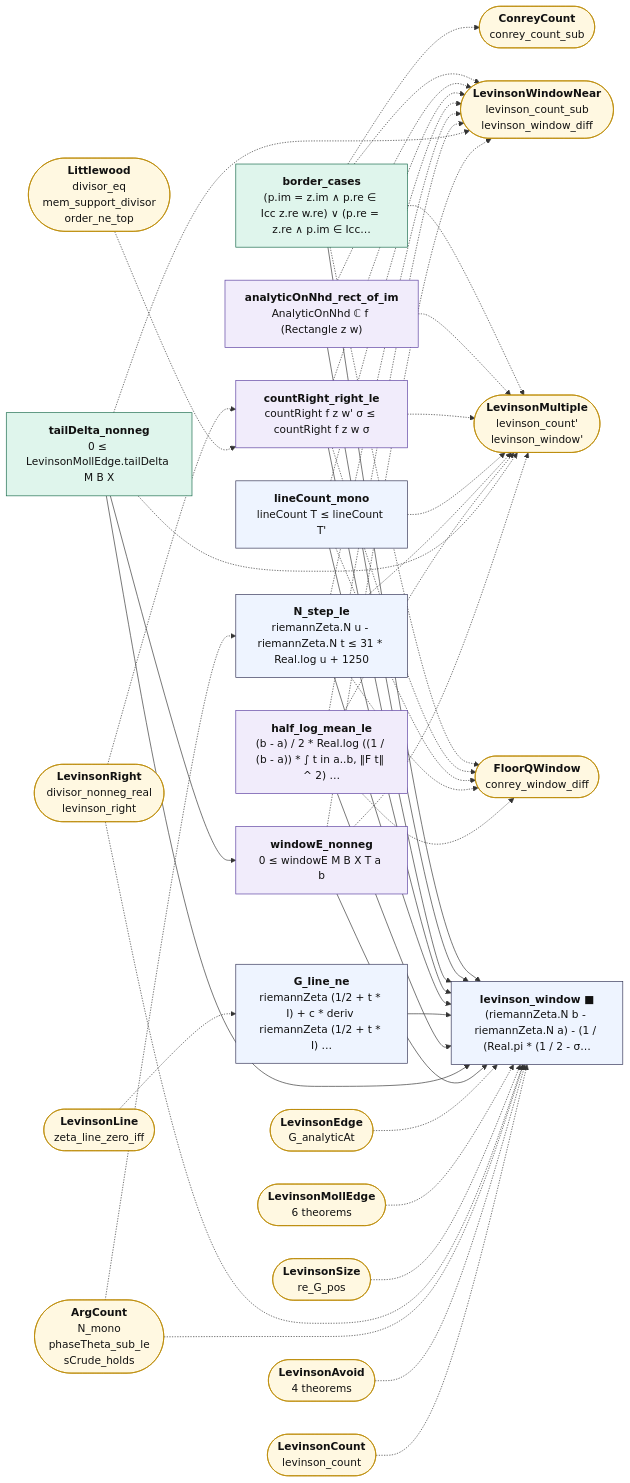
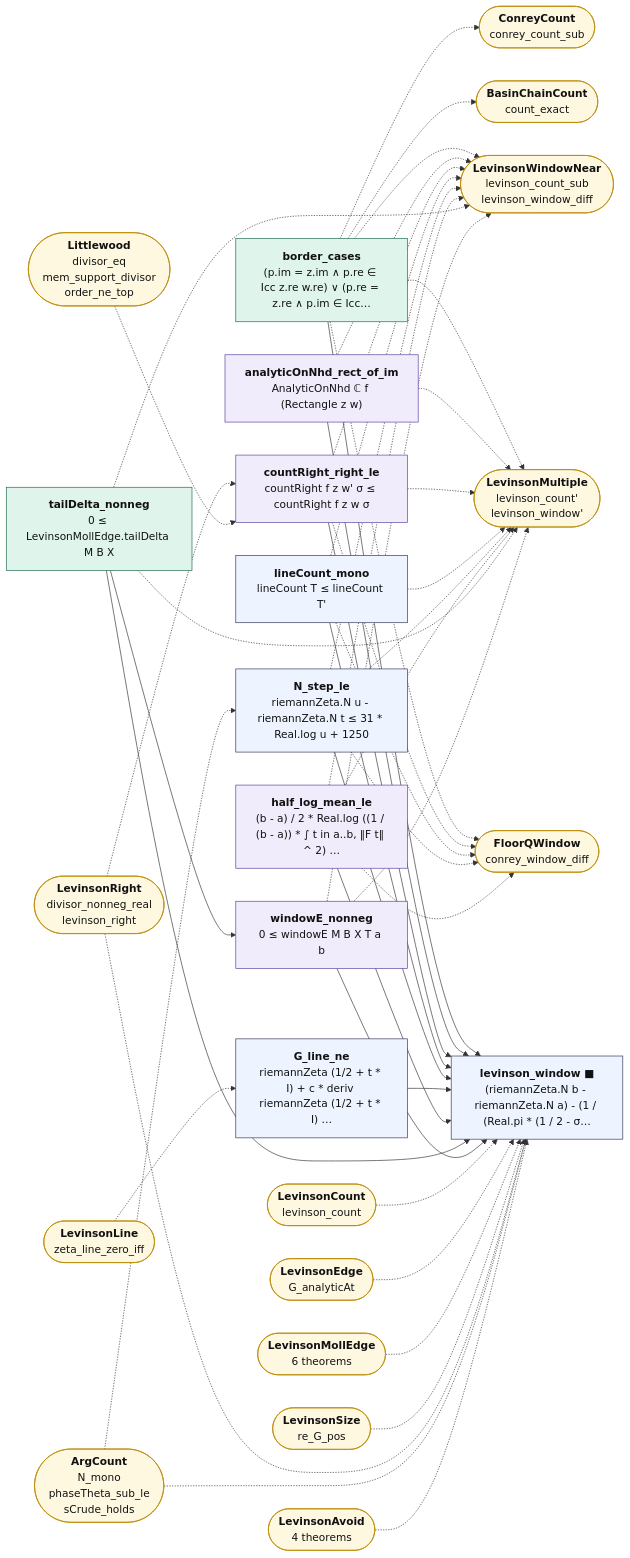
One commit to juliansambranojr/Primebeat_081426 changed the diagram in map/lean_stage3/LevinsonWindow.md. Above: the diagram before and after it, drawn with Mermaid. The commit also changed other lines of this file and 60 other files, not shown here.

````diff
--- a/map/lean_stage3/LevinsonWindow.md
+++ b/map/lean_stage3/LevinsonWindow.md
@@ -14,77 +14,79 @@
 ```mermaid
 flowchart LR
   n0["<b>border_cases</b><br/>(p.im = z.im ∧ p.re ∈ Icc z.re w.re) ∨ (p.re = z.re ∧ p.im ∈ Icc…"]:::cnt
   n1["<b>analyticOnNhd_rect_of_im</b><br/>AnalyticOnNhd ℂ f (Rectangle z w)"]:::shp
   n2["<b>countRight_right_le</b><br/>countRight f z w' σ ≤ countRight f z w σ"]:::shp
   n3["<b>lineCount_mono</b><br/>lineCount T ≤ lineCount T'"]:::thm
   n4["<b>N_step_le</b><br/>riemannZeta.N u - riemannZeta.N t ≤ 31 * Real.log u + 1250"]:::thm
   n5["<b>G_line_ne</b><br/>riemannZeta (1/2 + t * I) + c * deriv riemannZeta (1/2 + t * I) …"]:::thm
   n6["<b>half_log_mean_le</b><br/>(b - a) / 2 * Real.log ((1 / (b - a)) * ∫ t in a..b, ‖F t‖ ^ 2) …"]:::shp
   n7["<b>tailDelta_nonneg</b><br/>0 ≤ LevinsonMollEdge.tailDelta M B X"]:::cnt
   n8["<b>windowE_nonneg</b><br/>0 ≤ windowE M B X T a b"]:::shp
   n9["<b>levinson_window ■</b><br/>(riemannZeta.N b - riemannZeta.N a) - (1 / (Real.pi * (1 / 2 - σ…"]:::thm
-  x0(["<b>ConreyCount</b><br/>conrey_count_sub"]):::ext
-  x1(["<b>FloorQWindow</b><br/>conrey_window_diff"]):::ext
-  x2(["<b>LevinsonMultiple</b><br/>levinson_count'<br/>levinson_window'"]):::ext
-  x3(["<b>LevinsonWindowNear</b><br/>levinson_count_sub<br/>levinson_window_diff"]):::ext
-  x4(["<b>LevinsonRight</b><br/>divisor_nonneg_real<br/>levinson_right"]):::ext
-  x5(["<b>Littlewood</b><br/>divisor_eq<br/>mem_support_divisor<br/>order_ne_top"]):::ext
-  x6(["<b>ArgCount</b><br/>N_mono<br/>phaseTheta_sub_le<br/>sCrude_holds"]):::ext
-  x7(["<b>LevinsonLine</b><br/>zeta_line_zero_iff"]):::ext
-  x8(["<b>LevinsonAvoid</b><br/>4 theorems"]):::ext
-  x9(["<b>LevinsonCount</b><br/>levinson_count"]):::ext
-  x10(["<b>LevinsonEdge</b><br/>G_analyticAt"]):::ext
-  x11(["<b>LevinsonMollEdge</b><br/>6 theorems"]):::ext
-  x12(["<b>LevinsonSize</b><br/>re_G_pos"]):::ext
+  x0(["<b>BasinChainCount</b><br/>count_exact"]):::ext
+  x1(["<b>ConreyCount</b><br/>conrey_count_sub"]):::ext
+  x2(["<b>FloorQWindow</b><br/>conrey_window_diff"]):::ext
+  x3(["<b>LevinsonMultiple</b><br/>levinson_count'<br/>levinson_window'"]):::ext
+  x4(["<b>LevinsonWindowNear</b><br/>levinson_count_sub<br/>levinson_window_diff"]):::ext
+  x5(["<b>LevinsonRight</b><br/>divisor_nonneg_real<br/>levinson_right"]):::ext
+  x6(["<b>Littlewood</b><br/>divisor_eq<br/>mem_support_divisor<br/>order_ne_top"]):::ext
+  x7(["<b>ArgCount</b><br/>N_mono<br/>phaseTheta_sub_le<br/>sCrude_holds"]):::ext
+  x8(["<b>LevinsonLine</b><br/>zeta_line_zero_iff"]):::ext
+  x9(["<b>LevinsonAvoid</b><br/>4 theorems"]):::ext
+  x10(["<b>LevinsonCount</b><br/>levinson_count"]):::ext
+  x11(["<b>LevinsonEdge</b><br/>G_analyticAt"]):::ext
+  x12(["<b>LevinsonMollEdge</b><br/>6 theorems"]):::ext
+  x13(["<b>LevinsonSize</b><br/>re_G_pos"]):::ext
   n0 --> n9
   n1 --> n9
   n2 --> n9
   n3 --> n9
   n4 --> n9
   n5 --> n9
   n6 --> n9
   n7 --> n8
   n7 --> n9
   n8 --> n9
   n0 -.-> x0
   n0 -.-> x1
   n0 -.-> x2
   n0 -.-> x3
-  n1 -.-> x2
+  n0 -.-> x4
   n1 -.-> x3
-  n2 -.-> x1
+  n1 -.-> x4
   n2 -.-> x2
   n2 -.-> x3
-  n3 -.-> x1
+  n2 -.-> x4
   n3 -.-> x2
   n3 -.-> x3
-  n4 -.-> x1
+  n3 -.-> x4
   n4 -.-> x2
   n4 -.-> x3
-  n6 -.-> x1
+  n4 -.-> x4
   n6 -.-> x2
   n6 -.-> x3
-  n7 -.-> x2
+  n6 -.-> x4
   n7 -.-> x3
-  n8 -.-> x2
+  n7 -.-> x4
   n8 -.-> x3
+  n8 -.-> x4
   x10 -.-> n9
   x11 -.-> n9
   x12 -.-> n9
-  x4 -.-> n2
-  x4 -.-> n9
+  x13 -.-> n9
   x5 -.-> n2
-  x6 -.-> n4
-  x6 -.-> n9
-  x7 -.-> n5
-  x8 -.-> n9
+  x5 -.-> n9
+  x6 -.-> n2
+  x7 -.-> n4
+  x7 -.-> n9
+  x8 -.-> n5
   x9 -.-> n9
   classDef cnt fill:#dff5ec,stroke:#17694a,color:#111
   classDef shp fill:#f1ecfb,stroke:#5b3fa0,color:#111
   classDef rh fill:#ffe5e5,stroke:#c22,color:#111,stroke-width:2px
   classDef thm fill:#eef4ff,stroke:#335,color:#111
   classDef end_ fill:#e7f7e7,stroke:#2a7,color:#111,stroke-width:2px
   classDef lone fill:#fff,stroke:#999,color:#111,stroke-dasharray:4 3
   classDef bad fill:#ffe5e5,stroke:#c22,color:#111,stroke-width:2px
   classDef ext fill:#fff8e1,stroke:#b80,color:#111
 ```
````
